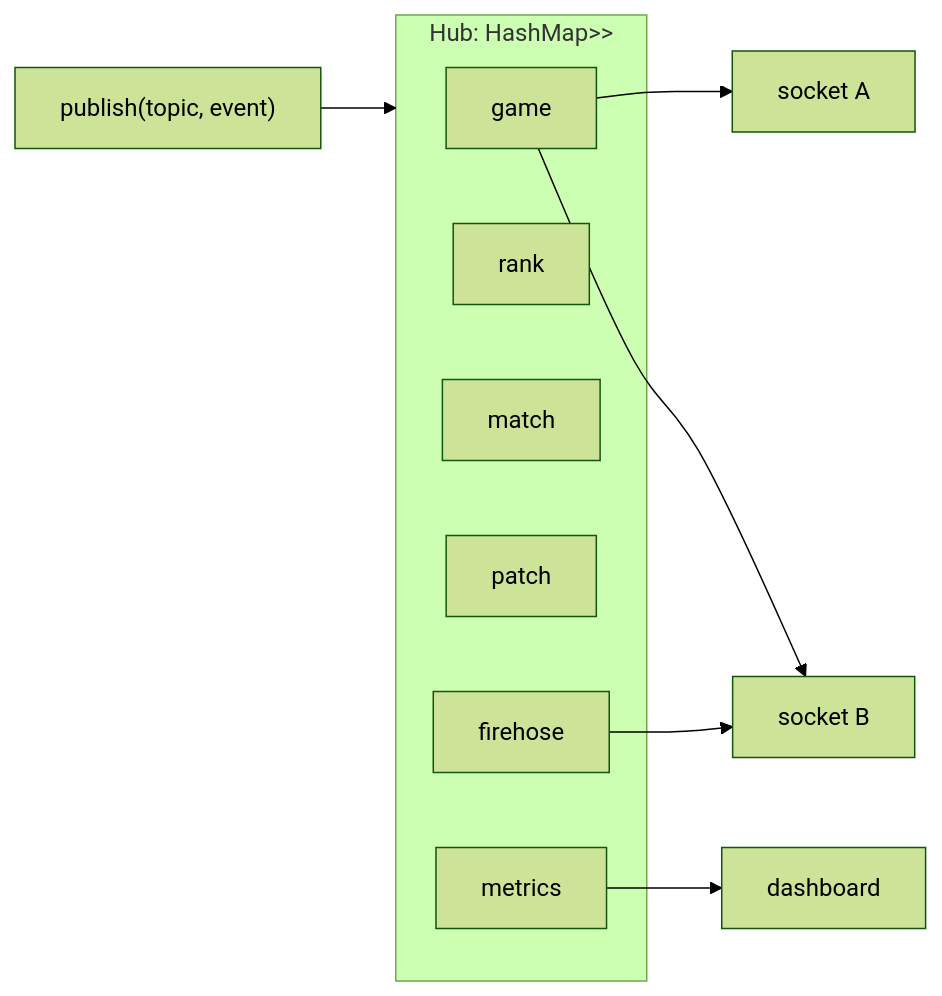
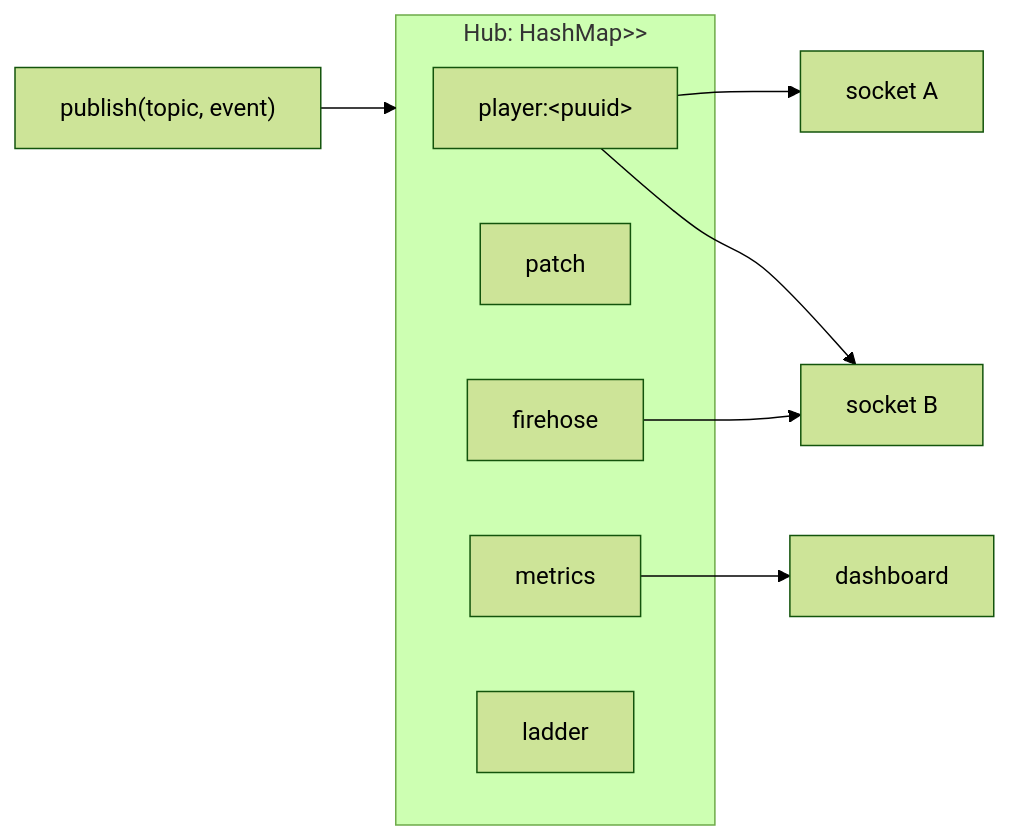
One commit to NinjaGoldfinch/riot-proxy changed the third of 3 diagrams in docs/design/06-jobs-and-realtime.md. Above: the diagram before and after it, drawn with Mermaid (forest theme). The commit also changed other lines of this file and 12 other files, not shown here.

````diff
--- a/docs/design/06-jobs-and-realtime.md
+++ b/docs/design/06-jobs-and-realtime.md
@@ -121,16 +121,15 @@
 ```mermaid
 flowchart LR
     pub["publish(topic, event)"] --> hub
     subgraph hub["Hub: HashMap<Topic, broadcast::Sender<Arc<Event>>>"]
-        t1[game]
-        t2[rank]
-        t3[match]
+        t1["player:&lt;puuid&gt;"]
         t4[patch]
         t5[metrics]
         t6[firehose]
+        t7[ladder]
     end
     t1 --> s1[socket A]
     t1 --> s2[socket B]
     t6 --> s2
     t5 --> s3[dashboard]
 ```
````
